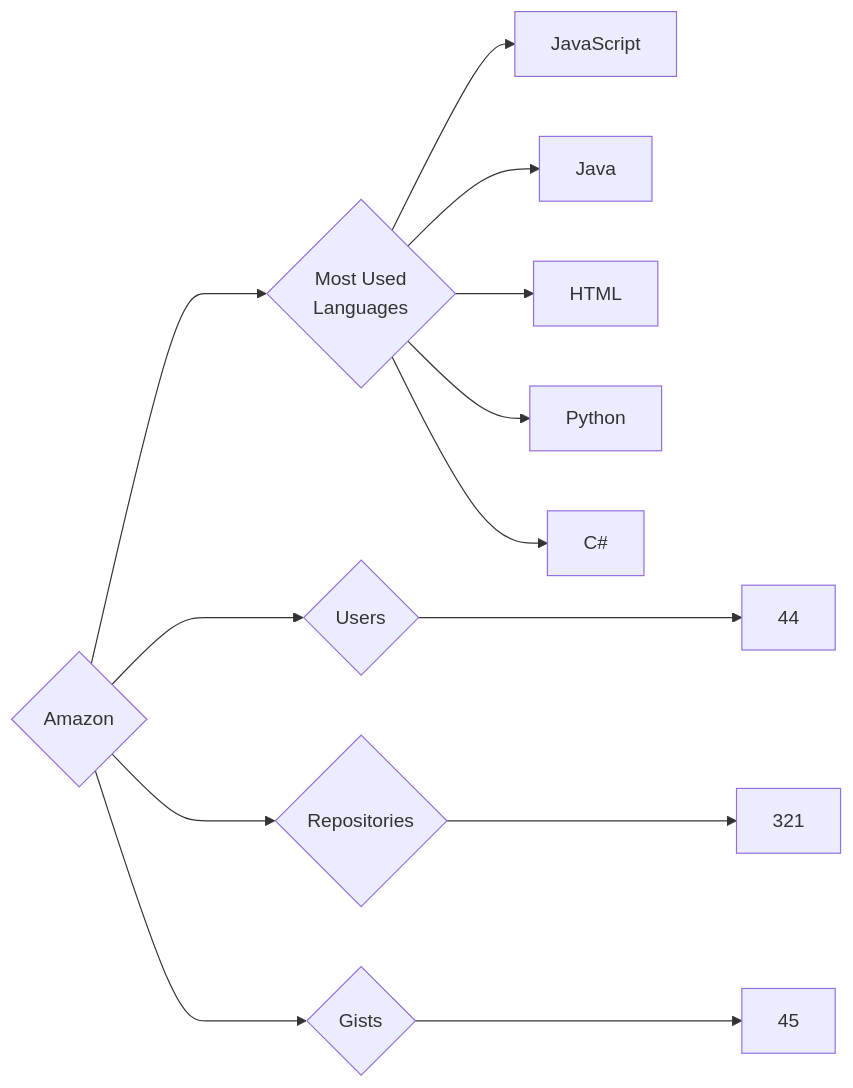
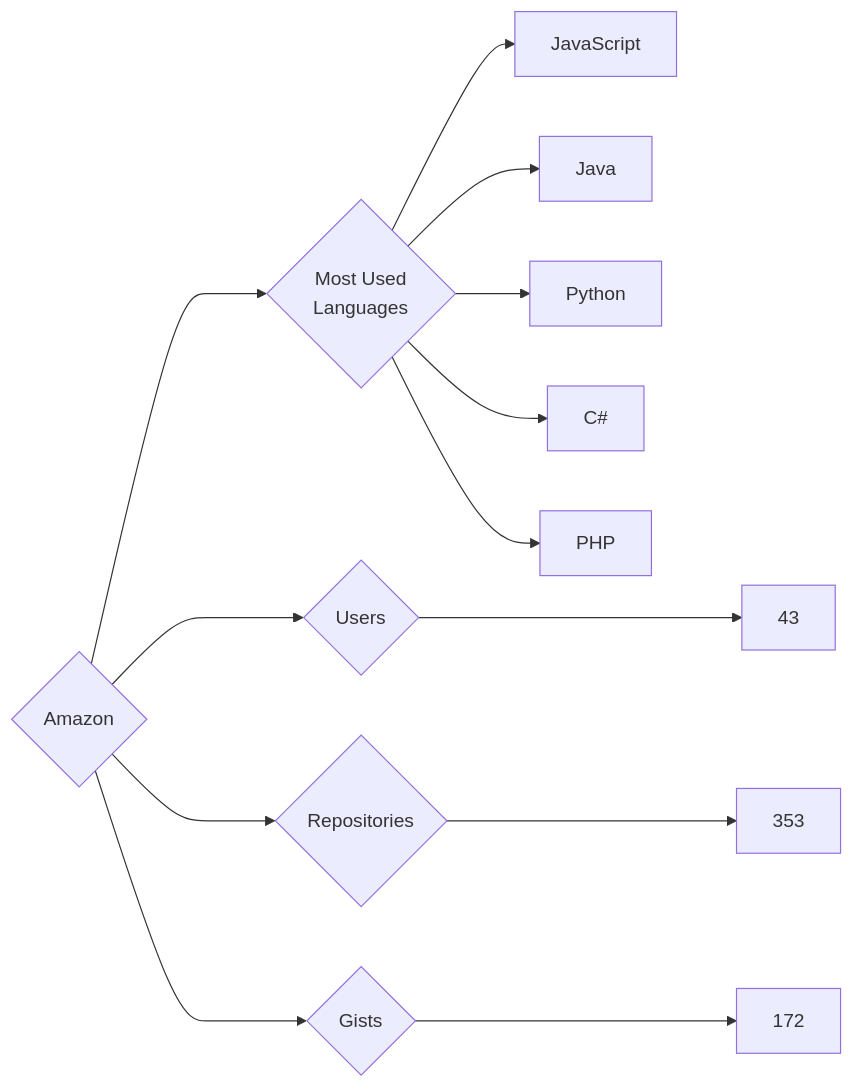
Before and after one commit to trickest/insiders: the diagram in targets/Amazon/README.md, drawn with Mermaid. The commit also changed 861 other files, not shown here.

````diff
--- a/targets/Amazon/README.md
+++ b/targets/Amazon/README.md
@@ -3,13 +3,13 @@
 ```mermaid
 graph LR
 COMPANY_NAME{Amazon}
-COMPANY_NAME ---> U{Users} ---> UN[44]
-COMPANY_NAME ---> R{Repositories} ---> RN[321]
-COMPANY_NAME ---> G{Gists} ---> GN[45]
+COMPANY_NAME ---> U{Users} ---> UN[43]
+COMPANY_NAME ---> R{Repositories} ---> RN[353]
+COMPANY_NAME ---> G{Gists} ---> GN[172]
 COMPANY_NAME ---> ML{Most Used<br>Languages}
 ML --> JavaScript[JavaScript]
 ML --> Java[Java]
-ML --> HTML[HTML]
 ML --> Python[Python]
 ML --> C#[C#]
+ML --> PHP[PHP]
 ```
````
